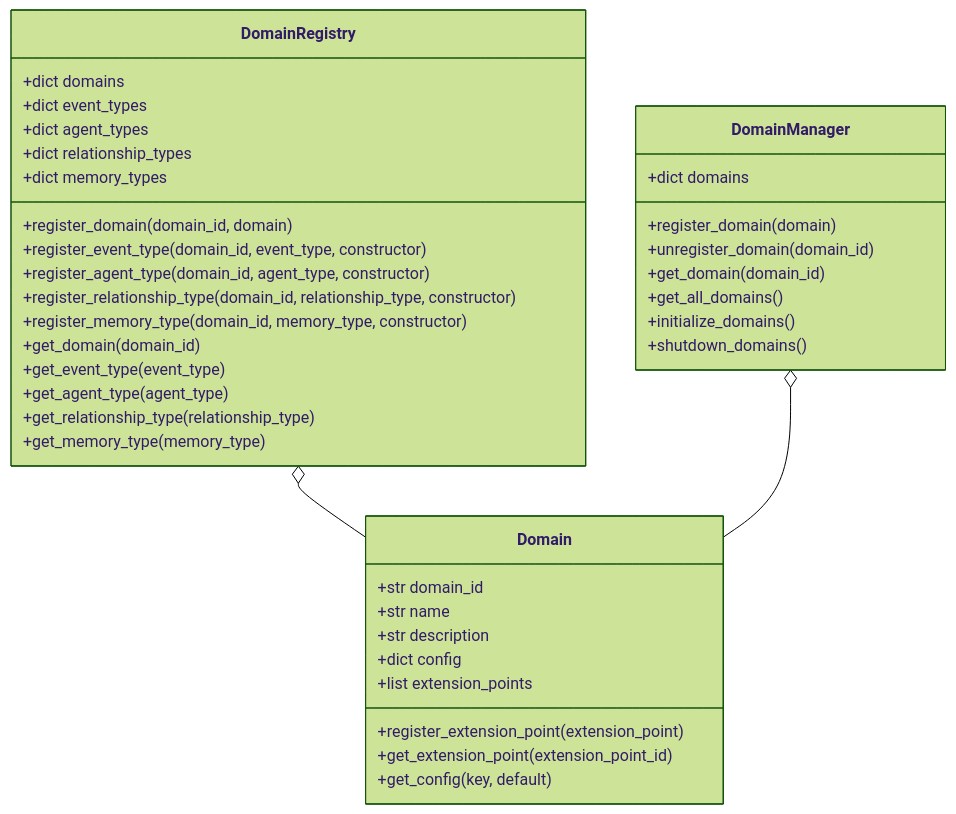
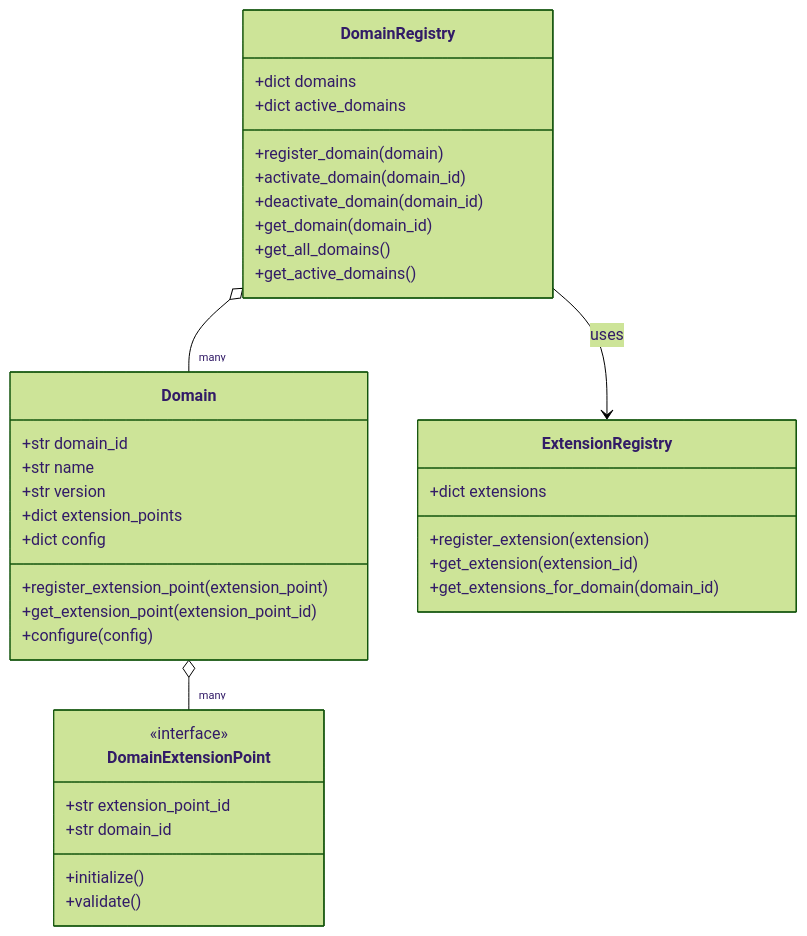
The seventh of 12 diagrams in docs/agentic_framework/architecture.md (ianlintner/forum), drawn with Mermaid (forest theme) before and after one commit. The commit also changed other lines of this file and 13 other files, not shown here.

````diff
--- a/docs/agentic_framework/architecture.md
+++ b/docs/agentic_framework/architecture.md
@@ -470,44 +496,43 @@
 ```mermaid
 classDiagram
     class DomainRegistry {
         +dict domains
-        +dict event_types
-        +dict agent_types
-        +dict relationship_types
-        +dict memory_types
-        +register_domain(domain_id, domain)
-        +register_event_type(domain_id, event_type, constructor)
-        +register_agent_type(domain_id, agent_type, constructor)
-        +register_relationship_type(domain_id, relationship_type, constructor)
-        +register_memory_type(domain_id, memory_type, constructor)
+        +dict active_domains
+        +register_domain(domain)
+        +activate_domain(domain_id)
+        +deactivate_domain(domain_id)
         +get_domain(domain_id)
-        +get_event_type(event_type)
-        +get_agent_type(agent_type)
-        +get_relationship_type(relationship_type)
-        +get_memory_type(memory_type)
+        +get_all_domains()
+        +get_active_domains()
     }
     
     class Domain {
         +str domain_id
         +str name
-        +str description
+        +str version
+        +dict extension_points
         +dict config
-        +list extension_points
         +register_extension_point(extension_point)
         +get_extension_point(extension_point_id)
-        +get_config(key, default)
+        +configure(config)
     }
     
-    class DomainManager {
-        +dict domains
-        +register_domain(domain)
-        +unregister_domain(domain_id)
-        +get_domain(domain_id)
-        +get_all_domains()
-        +initialize_domains()
-        +shutdown_domains()
+    class DomainExtensionPoint {
+        <<interface>>
+        +str extension_point_id
+        +str domain_id
+        +initialize()
+        +validate()
     }
     
-    DomainRegistry o-- Domain
-    DomainManager o-- Domain
+    class ExtensionRegistry {
+        +dict extensions
+        +register_extension(extension)
+        +get_extension(extension_id)
+        +get_extensions_for_domain(domain_id)
+    }
+    
+    DomainRegistry o-- "many" Domain
+    Domain o-- "many" DomainExtensionPoint
+    DomainRegistry --> ExtensionRegistry : uses
 ```
````
